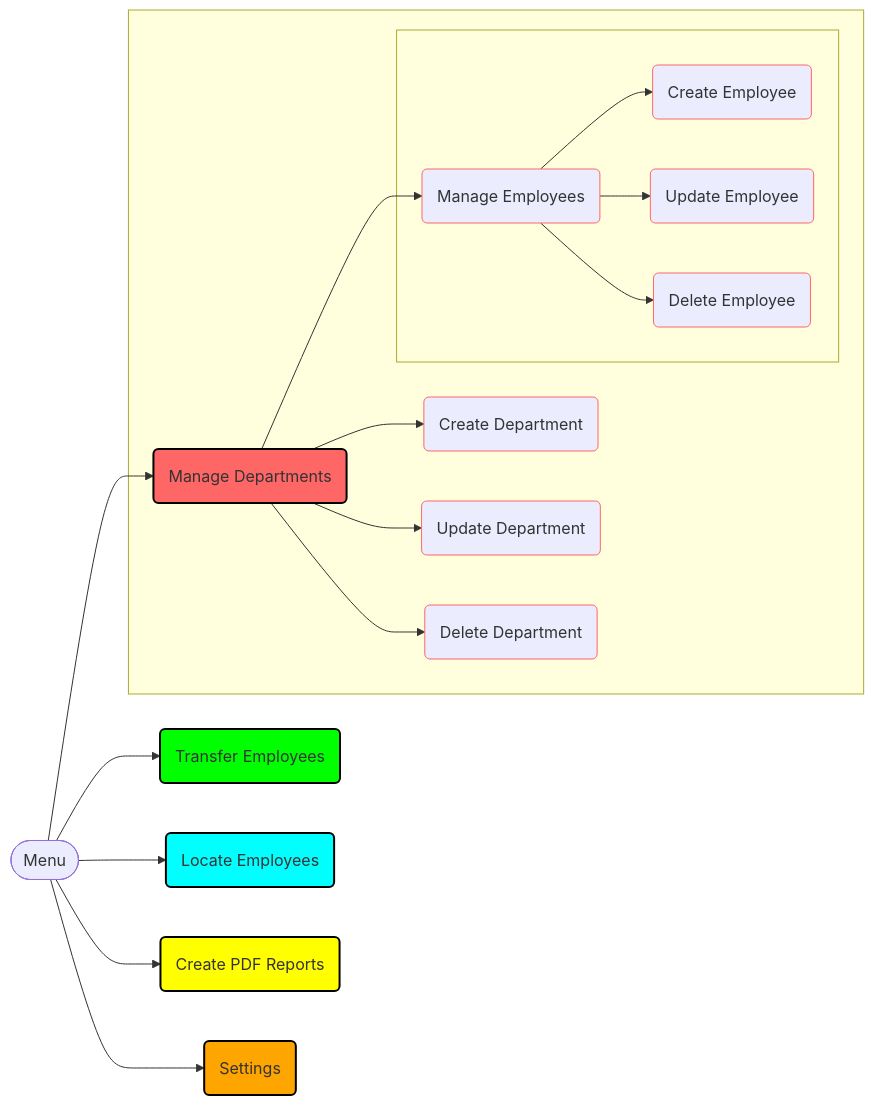
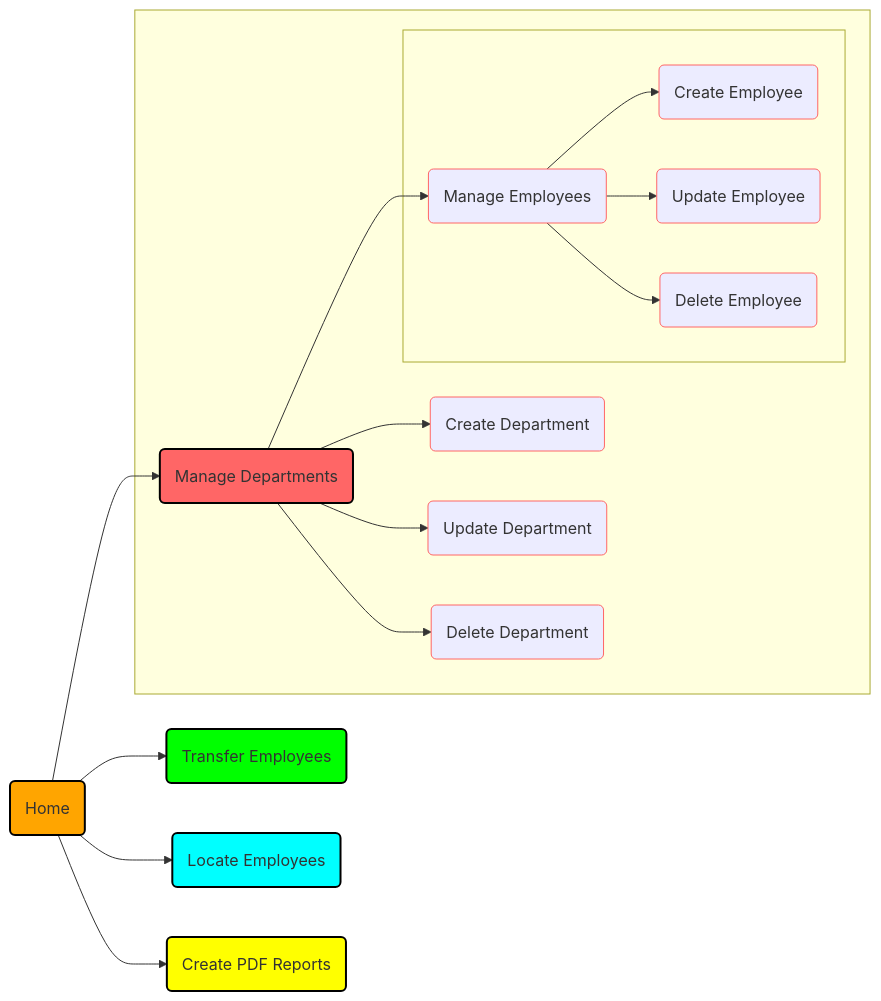
One commit to k1729p/Study27 changed the diagram in docs/mermaid/flowchart.md. Above: the diagram before and after it, drawn with Mermaid. The commit also changed 29 other files, not shown here.

````diff
--- a/docs/mermaid/flowchart.md
+++ b/docs/mermaid/flowchart.md
@@ -1,53 +1,51 @@
 ```mermaid
 flowchart LR
-  MENU([Menu])
+  HOME(Home):::orangeBox
   M_DEP(Manage Departments):::redBox
   M_DEP_CR(Create Department):::redStroke
   M_DEP_UP(Update Department):::redStroke
   M_DEP_DL(Delete Department):::redStroke
   M_EMP(Manage Employees):::redStroke
   M_EMP_CR(Create Employee):::redStroke
   M_EMP_UP(Update Employee):::redStroke
   M_EMP_DL(Delete Employee):::redStroke
   TRA_EMP(Transfer Employees):::greenBox
   LOC_EMP(Locate Employees):::cyanBox
   PDF(Create PDF Reports):::yellowBox
-  SET(Settings):::orangeBox
 %% Flows
-  MENU --> M_DEP
+  HOME --> M_DEP
   subgraph " "
     M_DEP --> M_DEP_CR
     M_DEP --> M_DEP_UP
     M_DEP --> M_DEP_DL
     M_DEP --> M_EMP
     subgraph " "
       M_EMP --> M_EMP_CR
       M_EMP --> M_EMP_UP
       M_EMP --> M_EMP_DL
     end
   end
-  MENU --> TRA_EMP
-  MENU --> LOC_EMP
-  MENU --> PDF
-  MENU --> SET
+  HOME --> TRA_EMP
+  HOME --> LOC_EMP
+  HOME --> PDF
 %% Links Definitions
-  click MENU "https://raw.githubusercontent.com/k1729p/Study27/refs/heads/main/docs/images/ScreenshotMenu.jpg" _blank
+  click HOME "https://raw.githubusercontent.com/k1729p/Study27/refs/heads/main/docs/images/ScreenshotHome.jpg" _blank
   click M_DEP "https://raw.githubusercontent.com/k1729p/Study27/refs/heads/main/docs/images/ScreenshotManageDepartments.jpg" _blank
   click M_DEP_CR "https://raw.githubusercontent.com/k1729p/Study27/refs/heads/main/docs/images/ScreenshotCreateDepartment.jpg" _blank
   click M_DEP_UP "https://raw.githubusercontent.com/k1729p/Study27/refs/heads/main/docs/images/ScreenshotUpdateDepartment.jpg" _blank
   click M_DEP_DL "https://raw.githubusercontent.com/k1729p/Study27/refs/heads/main/docs/images/ScreenshotDeleteDepartment.jpg" _blank
   click M_EMP "https://raw.githubusercontent.com/k1729p/Study27/refs/heads/main/docs/images/ScreenshotManageEmployees.jpg" _blank
   click M_EMP_CR "https://raw.githubusercontent.com/k1729p/Study27/refs/heads/main/docs/images/ScreenshotCreateEmployee.jpg" _blank
   click M_EMP_UP "https://raw.githubusercontent.com/k1729p/Study27/refs/heads/main/docs/images/ScreenshotUpdateEmployee.jpg" _blank
   click M_EMP_DL "https://raw.githubusercontent.com/k1729p/Study27/refs/heads/main/docs/images/ScreenshotDeleteEmployee.jpg" _blank
   click TRA_EMP "https://raw.githubusercontent.com/k1729p/Study27/refs/heads/main/docs/images/ScreenshotTransferEmployees.jpg" _blank
   click LOC_EMP "https://raw.githubusercontent.com/k1729p/Study27/refs/heads/main/docs/images/ScreenshotLocateEmployees.jpg" _blank
   click PDF "https://raw.githubusercontent.com/k1729p/Study27/refs/heads/main/docs/images/ScreenshotCreatePDFReports.jpg" _blank
 %% Style Definitions
   classDef redBox fill: #ff6666, stroke: #000, stroke-width: 2px
   classDef redStroke stroke: #ff6666
   classDef greenBox fill: #00ff00, stroke: #000, stroke-width: 2px
   classDef cyanBox fill: #00ffff, stroke: #000, stroke-width: 2px
   classDef yellowBox fill: #ffff00, stroke: #000, stroke-width: 2px
   classDef orangeBox  fill: #ffa500,stroke:#000,stroke-width:2px
 ```
````
